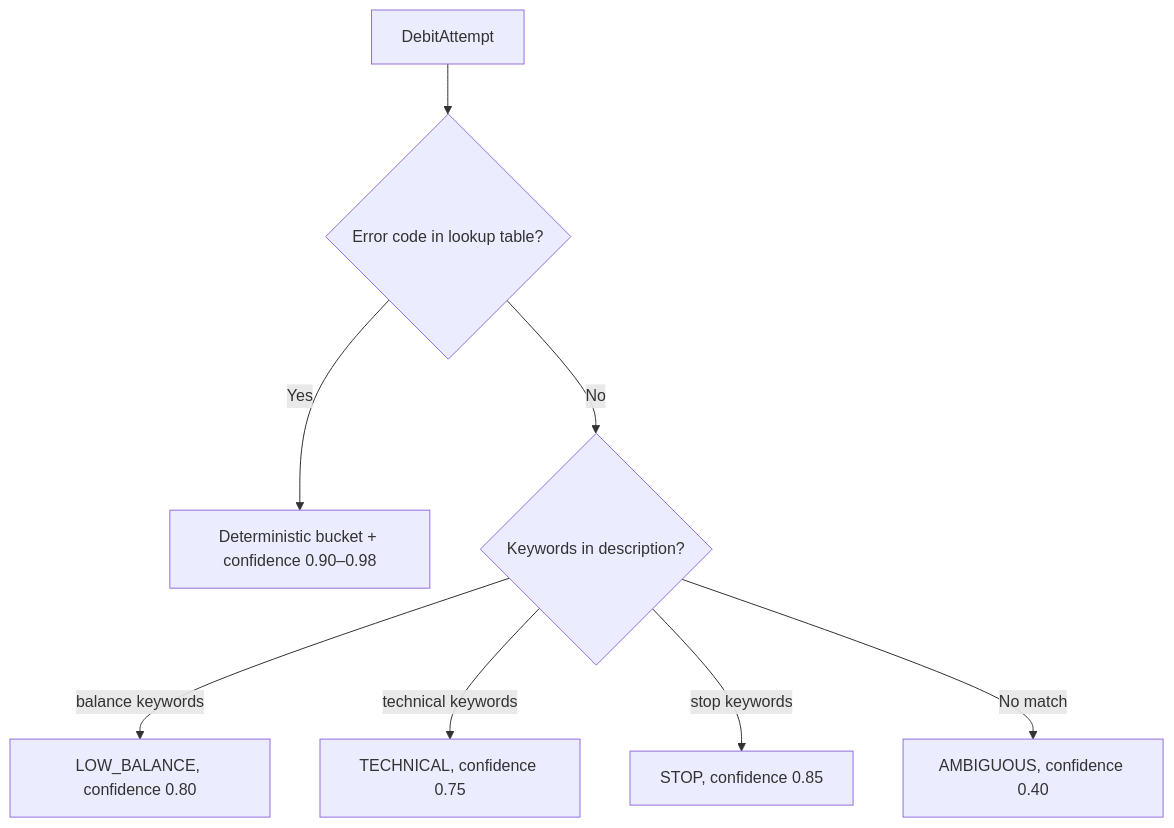
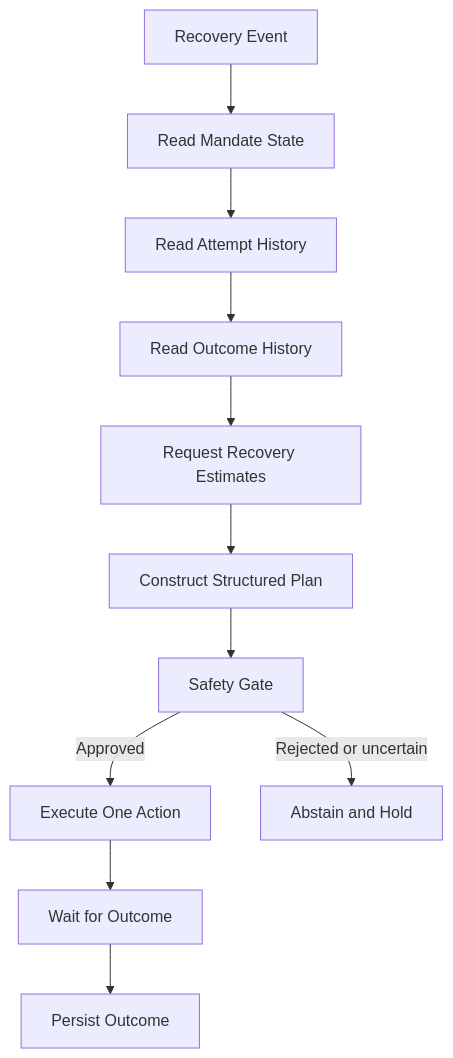
Before and after one commit to kundanjan/mandate-doctor: the fifth of 6 diagrams in docs/architecture.md, drawn with Mermaid. The commit also changed other lines of this file, not shown here.

Commit message:
docs: define evidence-bound recovery architecture

````diff
--- a/docs/architecture.md
+++ b/docs/architecture.md
@@ -140,10 +307,13 @@
 ```mermaid
 flowchart TD
-    A[DebitAttempt] --> B{Error code in lookup table?}
-    B -->|Yes| C[Deterministic bucket + confidence 0.90–0.98]
-    B -->|No| D{Keywords in description?}
-    D -->|balance keywords| E[LOW_BALANCE, confidence 0.80]
-    D -->|technical keywords| F[TECHNICAL, confidence 0.75]
-    D -->|stop keywords| G[STOP, confidence 0.85]
-    D -->|No match| H[AMBIGUOUS, confidence 0.40]
+    A[Recovery Event] --> B[Read Mandate State]
+    B --> C[Read Attempt History]
+    C --> D[Read Outcome History]
+    D --> E[Request Recovery Estimates]
+    E --> F[Construct Structured Plan]
+    F --> G[Safety Gate]
+    G -->|Approved| H[Execute One Action]
+    G -->|Rejected or uncertain| I[Abstain and Hold]
+    H --> J[Wait for Outcome]
+    J --> K[Persist Outcome]
 ```
````
